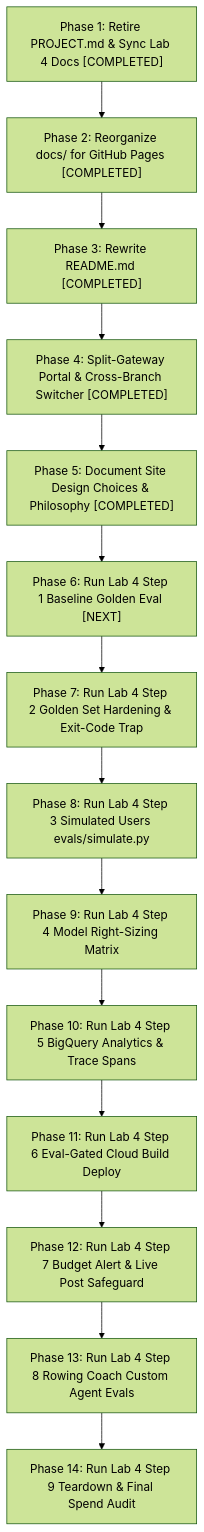
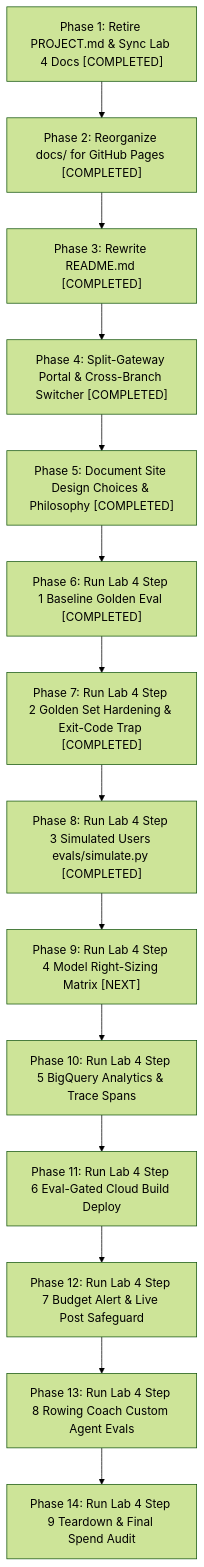
Before and after one commit to duncmon/ai-devcamp-labs: the diagram in PROGRESS.md, drawn with Mermaid (forest theme). The commit also changed other lines of this file and 6 other files, not shown here.

First line of the commit message:
feat(lab4): complete Step 3 multi-turn simulation with 60/60 passing sweep and UI fixes

````diff
--- a/PROGRESS.md
+++ b/PROGRESS.md
@@ -206,16 +206,16 @@
 ```mermaid
 flowchart TD
     T0["Phase 1: Retire PROJECT.md & Sync Lab 4 Docs [COMPLETED]"] --> T1["Phase 2: Reorganize docs/ for GitHub Pages [COMPLETED]"]
     T1 --> T2["Phase 3: Rewrite README.md [COMPLETED]"]
     T2 --> T3["Phase 4: Split-Gateway Portal & Cross-Branch Switcher [COMPLETED]"]
     T3 --> T4["Phase 5: Document Site Design Choices & Philosophy [COMPLETED]"]
-    T4 --> T5["Phase 6: Run Lab 4 Step 1 Baseline Golden Eval [NEXT]"]
-    T5 --> T6["Phase 7: Run Lab 4 Step 2 Golden Set Hardening & Exit-Code Trap"]
-    T6 --> T7["Phase 8: Run Lab 4 Step 3 Simulated Users evals/simulate.py"]
-    T7 --> T8["Phase 9: Run Lab 4 Step 4 Model Right-Sizing Matrix"]
+    T4 --> T5["Phase 6: Run Lab 4 Step 1 Baseline Golden Eval [COMPLETED]"]
+    T5 --> T6["Phase 7: Run Lab 4 Step 2 Golden Set Hardening & Exit-Code Trap [COMPLETED]"]
+    T6 --> T7["Phase 8: Run Lab 4 Step 3 Simulated Users evals/simulate.py [COMPLETED]"]
+    T7 --> T8["Phase 9: Run Lab 4 Step 4 Model Right-Sizing Matrix [NEXT]"]
     T8 --> T9["Phase 10: Run Lab 4 Step 5 BigQuery Analytics & Trace Spans"]
     T9 --> T10["Phase 11: Run Lab 4 Step 6 Eval-Gated Cloud Build Deploy"]
     T10 --> T11["Phase 12: Run Lab 4 Step 7 Budget Alert & Live Post Safeguard"]
     T11 --> T12["Phase 13: Run Lab 4 Step 8 Rowing Coach Custom Agent Evals"]
     T12 --> T13["Phase 14: Run Lab 4 Step 9 Teardown & Final Spend Audit"]
 ```
````
